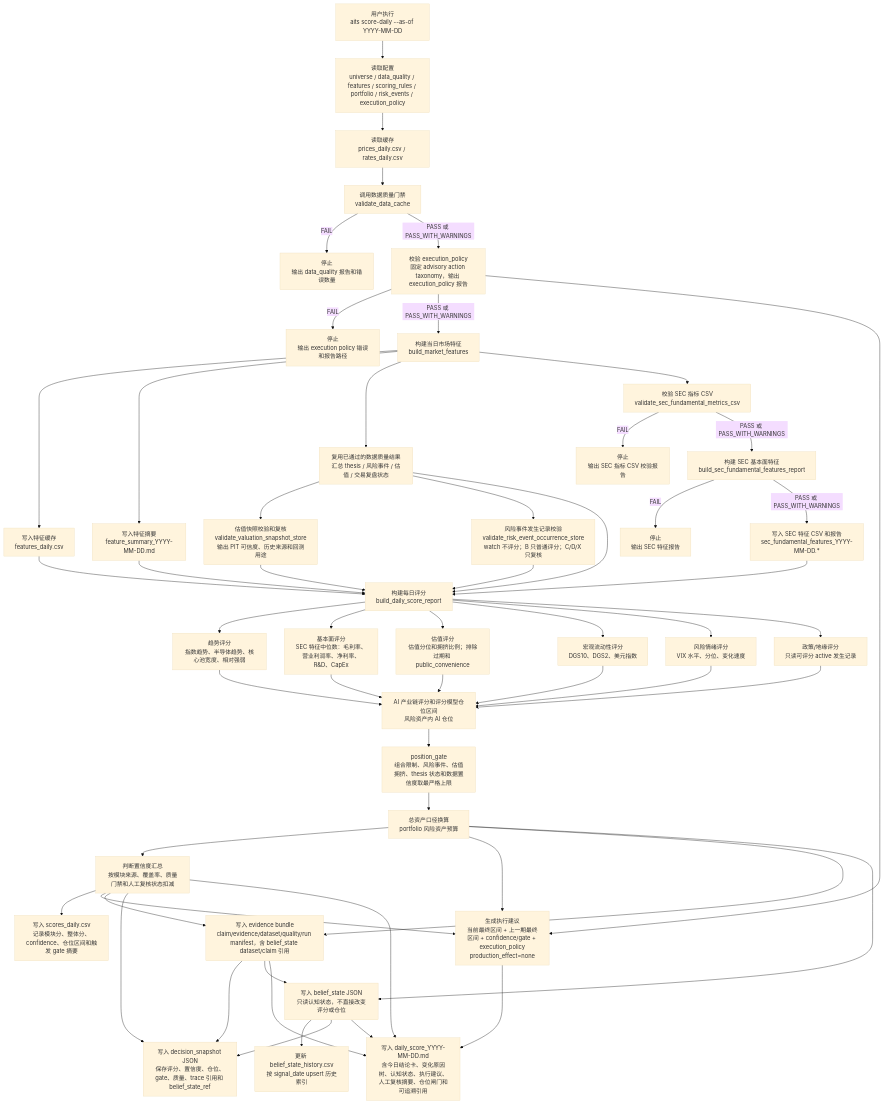
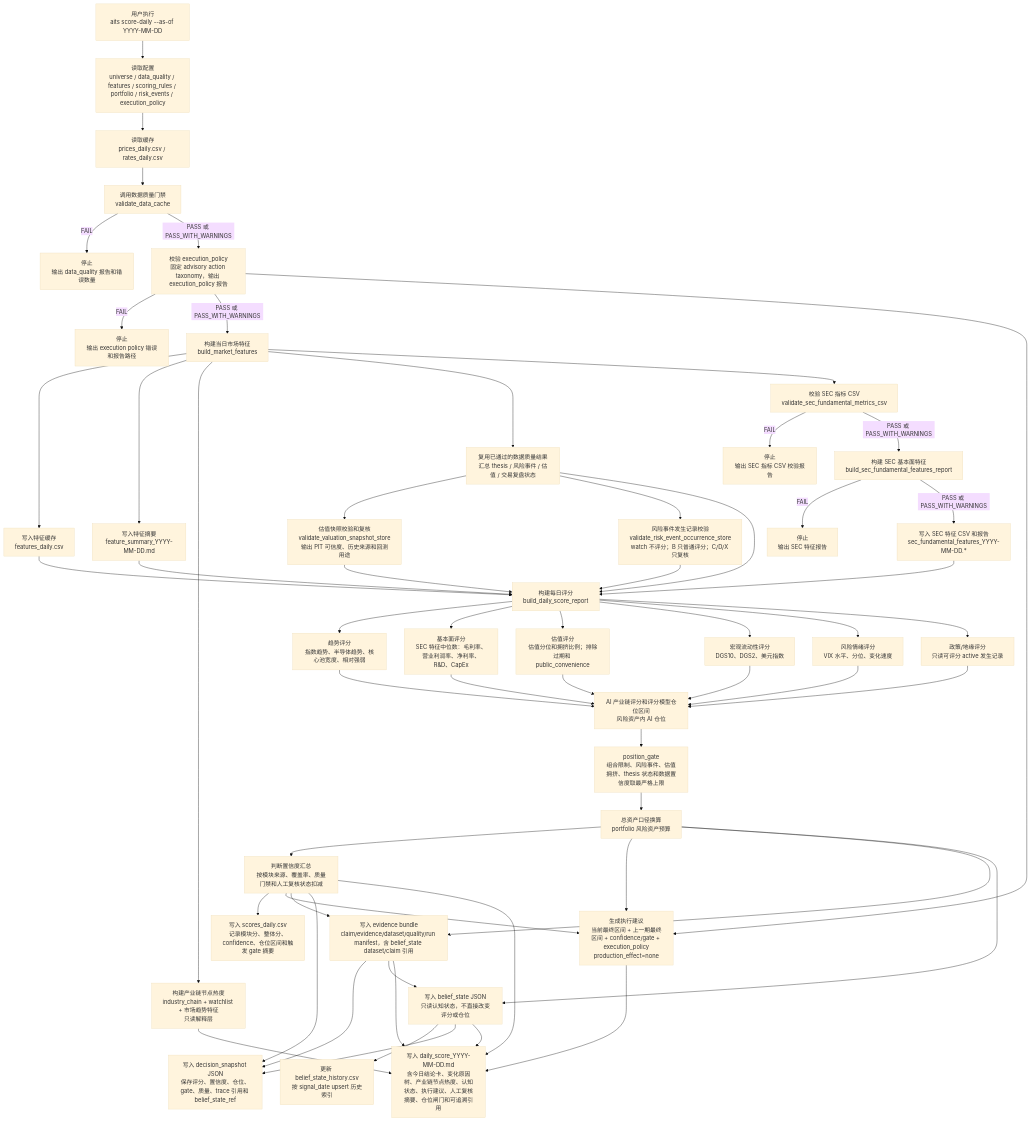
The second of 6 diagrams in docs/system_flow.md (AI-Trading-Collaboration/AITradingSystem), drawn with Mermaid (base theme) before and after one commit. The commit also changed other lines of this file and 7 other files, not shown here.

````diff
--- a/docs/system_flow.md
+++ b/docs/system_flow.md
@@ -501,57 +507,59 @@
 ```mermaid
 flowchart TD
     A["用户执行<br/>aits score-daily --as-of YYYY-MM-DD"] --> B["读取配置<br/>universe / data_quality / features / scoring_rules / portfolio / risk_events / execution_policy"]
     B --> C["读取缓存<br/>prices_daily.csv / rates_daily.csv"]
     C --> D["调用数据质量门禁<br/>validate_data_cache"]
     D -->|FAIL| E["停止<br/>输出 data_quality 报告和错误数量"]
     D -->|PASS 或 PASS_WITH_WARNINGS| EP0["校验 execution_policy<br/>固定 advisory action taxonomy，输出 execution_policy 报告"]
     EP0 -->|FAIL| EPF["停止<br/>输出 execution policy 错误和报告路径"]
     EP0 -->|PASS 或 PASS_WITH_WARNINGS| F["构建当日市场特征<br/>build_market_features"]
     F --> G["写入特征缓存<br/>features_daily.csv"]
     F --> H["写入特征摘要<br/>feature_summary_YYYY-MM-DD.md"]
+    F --> NH["构建产业链节点热度<br/>industry_chain + watchlist + 市场趋势特征<br/>只读解释层"]
     F --> R["复用已通过的数据质量结果<br/>汇总 thesis / 风险事件 / 估值 / 交易复盘状态"]
     R --> V1["估值快照校验和复核<br/>validate_valuation_snapshot_store<br/>输出 PIT 可信度、历史来源和回测用途"]
     R --> G1["风险事件发生记录校验<br/>validate_risk_event_occurrence_store<br/>watch 不评分；B 只普通评分；C/D/X 只复核"]
     F --> S1["校验 SEC 指标 CSV<br/>validate_sec_fundamental_metrics_csv"]
     S1 -->|FAIL| S2["停止<br/>输出 SEC 指标 CSV 校验报告"]
     S1 -->|PASS 或 PASS_WITH_WARNINGS| S3["构建 SEC 基本面特征<br/>build_sec_fundamental_features_report"]
     S3 -->|FAIL| S4["停止<br/>输出 SEC 特征报告"]
     S3 -->|PASS 或 PASS_WITH_WARNINGS| S5["写入 SEC 特征 CSV 和报告<br/>sec_fundamental_features_YYYY-MM-DD.*"]
     G --> I["构建每日评分<br/>build_daily_score_report"]
     H --> I
     R --> I
     V1 --> I
     G1 --> I
     S5 --> I
     I --> J["趋势评分<br/>指数趋势、半导体趋势、核心池宽度、相对强弱"]
     I --> F1["基本面评分<br/>SEC 特征中位数：毛利率、营业利润率、净利率、R&D、CapEx"]
     I --> V2["估值评分<br/>估值分位和拥挤比例；排除过期和 public_convenience"]
     I --> K["宏观流动性评分<br/>DGS10、DGS2、美元指数"]
     I --> L["风险情绪评分<br/>VIX 水平、分位、变化速度"]
     I --> M["政策/地缘评分<br/>只读可评分 active 发生记录"]
     J --> N["AI 产业链评分和评分模型仓位区间<br/>风险资产内 AI 仓位"]
     F1 --> N
     V2 --> N
     K --> N
     L --> N
     M --> N
     N --> G2["position_gate<br/>组合限制、风险事件、估值拥挤、thesis 状态和数据置信度取最严格上限"]
     G2 --> O["总资产口径换算<br/>portfolio 风险资产预算"]
     O --> C1["判断置信度汇总<br/>按模块来源、覆盖率、质量门禁和人工复核状态扣减"]
     C1 --> P["写入 scores_daily.csv<br/>记录模块分、整体分、confidence、仓位区间和触发 gate 摘要"]
     O --> EP1["生成执行建议<br/>当前最终区间 + 上一期最终区间 + confidence/gate + execution_policy<br/>production_effect=none"]
     C1 --> EP1
     EP0 --> EP1
     O --> T["写入 evidence bundle<br/>claim/evidence/dataset/quality/run manifest，含 belief_state dataset/claim 引用"]
     C1 --> T
     T --> D0["写入 decision_snapshot JSON<br/>保存评分、置信度、仓位、gate、质量、trace 引用和 belief_state_ref"]
     C1 --> D0
     O --> BS["写入 belief_state JSON<br/>只读认知状态，不直接改变评分或仓位"]
     T --> BS
     BS --> BH["更新 belief_state_history.csv<br/>按 signal_date upsert 历史索引"]
     BS --> D0
-    T --> Q["写入 daily_score_YYYY-MM-DD.md<br/>含今日结论卡、变化原因树、认知状态、执行建议、人工复核摘要、仓位闸门和可追溯引用"]
+    T --> Q["写入 daily_score_YYYY-MM-DD.md<br/>含今日结论卡、变化原因树、产业链节点热度、认知状态、执行建议、人工复核摘要、仓位闸门和可追溯引用"]
     C1 --> Q
+    NH --> Q
     BS --> Q
     EP1 --> Q
 ```
````
